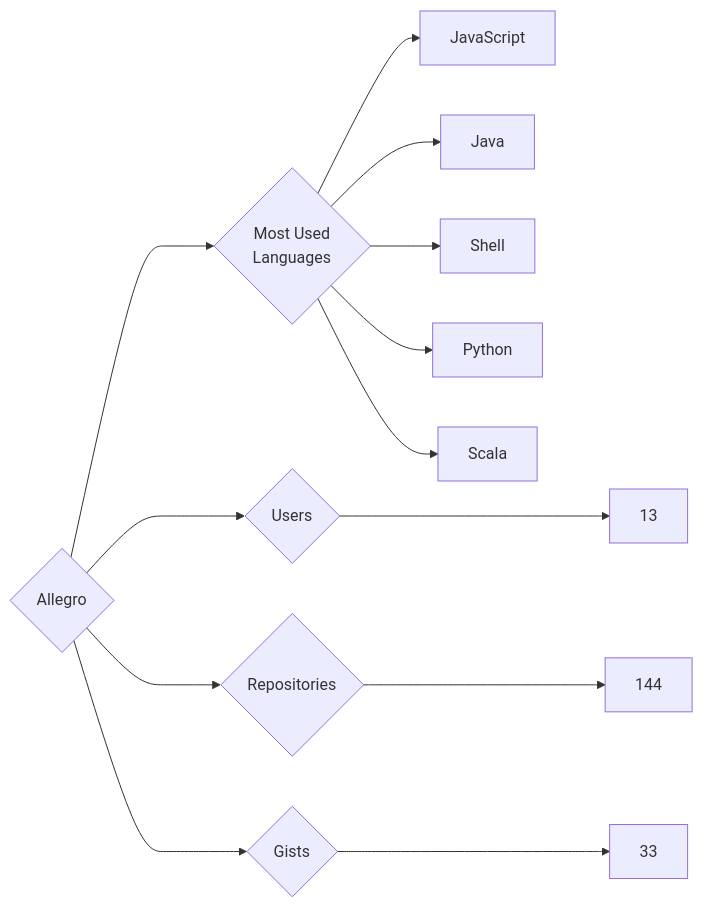
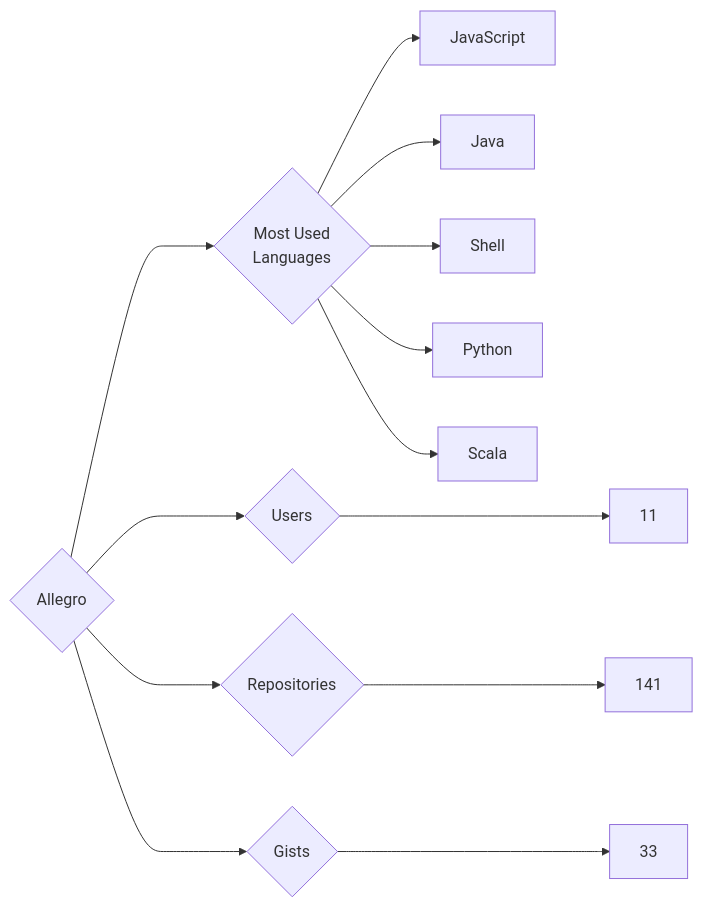
Before and after one commit to trickest/insiders: the diagram in targets/Allegro/README.md, drawn with Mermaid. The commit also changed 718 other files, not shown here.

````diff
--- a/targets/Allegro/README.md
+++ b/targets/Allegro/README.md
@@ -3,13 +3,13 @@
 ```mermaid
 graph LR
 COMPANY_NAME{Allegro}
-COMPANY_NAME ---> U{Users} ---> UN[13]
-COMPANY_NAME ---> R{Repositories} ---> RN[144]
+COMPANY_NAME ---> U{Users} ---> UN[11]
+COMPANY_NAME ---> R{Repositories} ---> RN[141]
 COMPANY_NAME ---> G{Gists} ---> GN[33]
 COMPANY_NAME ---> ML{Most Used<br>Languages}
 ML --> JavaScript[JavaScript]
 ML --> Java[Java]
 ML --> Shell[Shell]
 ML --> Python[Python]
 ML --> Scala[Scala]
 ```
````
